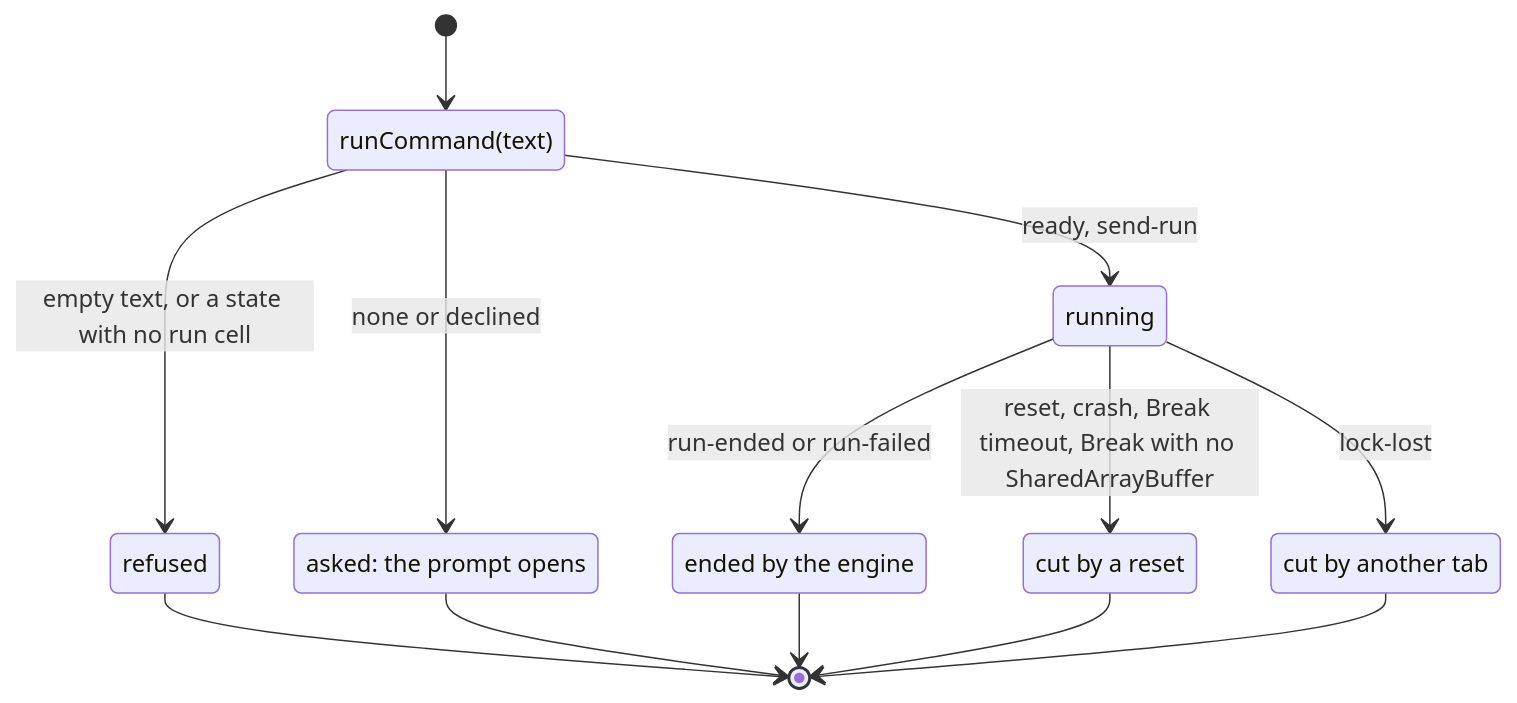
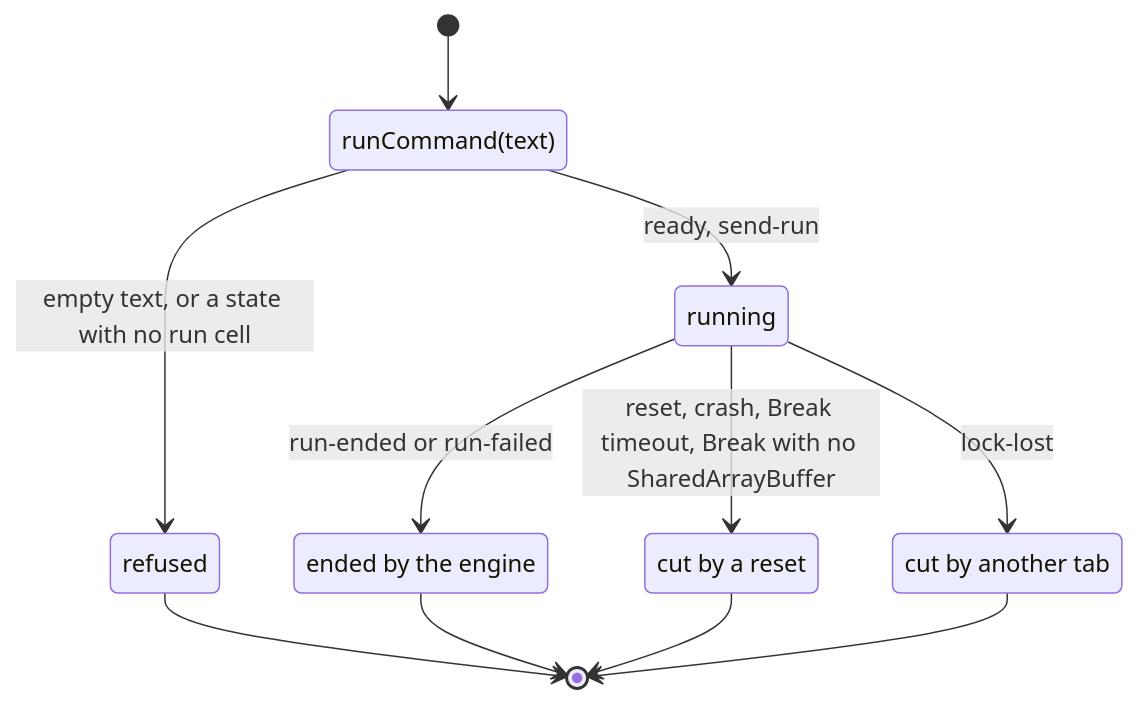
Before and after one commit to jeffzyliu/dofile: the seventh of 11 diagrams in docs/web-page-flows.md, drawn with Mermaid. The commit also changed other lines of this file and 34 other files, not shown here.

````diff
--- a/docs/web-page-flows.md
+++ b/docs/web-page-flows.md
@@ -325,22 +369,19 @@
 ```mermaid
 stateDiagram-v2
   state "runCommand(text)" as sub
   state "refused" as refused
-  state "asked: the prompt opens" as asked
   state "running" as running
   state "ended by the engine" as ended
   state "cut by a reset" as cut
   state "cut by another tab" as taken
   [*] --> sub
   sub --> refused: empty text, or a state with no run cell
   sub --> running: ready, send-run
-  sub --> asked: none or declined
   running --> ended: run-ended or run-failed
   running --> cut: reset, crash, Break timeout, Break with no SharedArrayBuffer
   running --> taken: lock-lost
   refused --> [*]
-  asked --> [*]
   ended --> [*]
   cut --> [*]
   taken --> [*]
 ```
````
